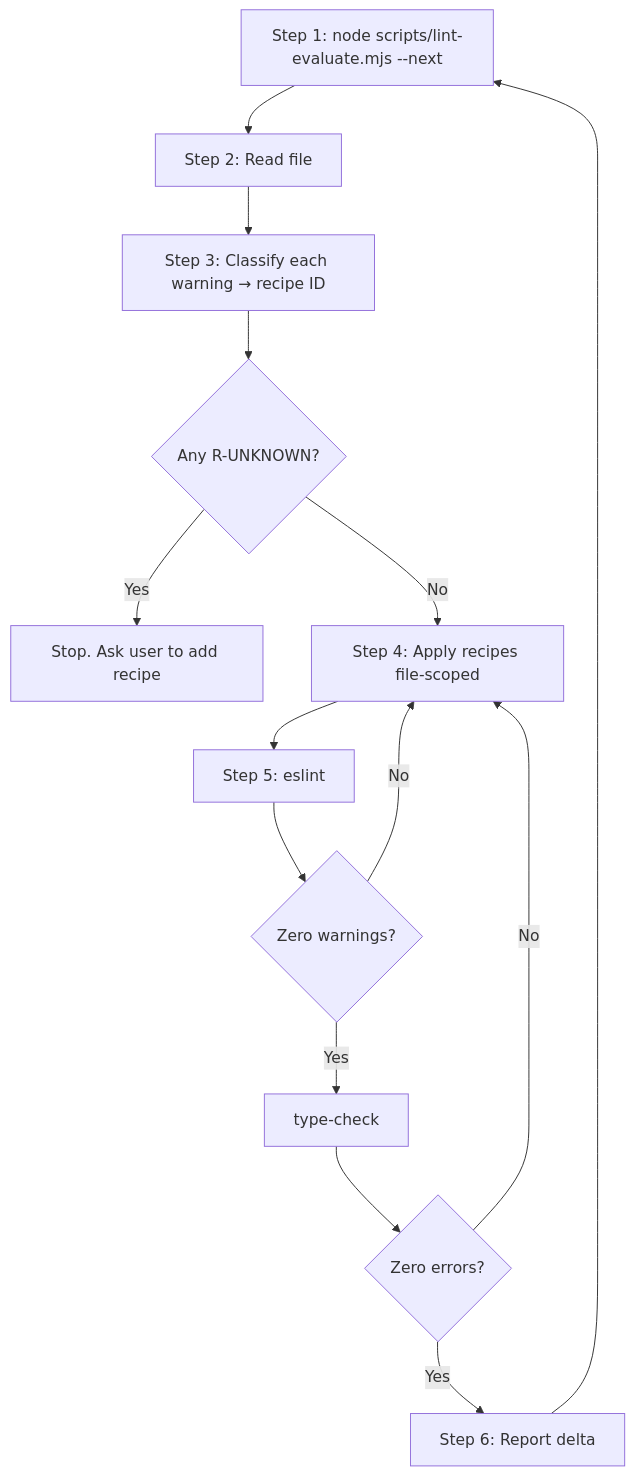
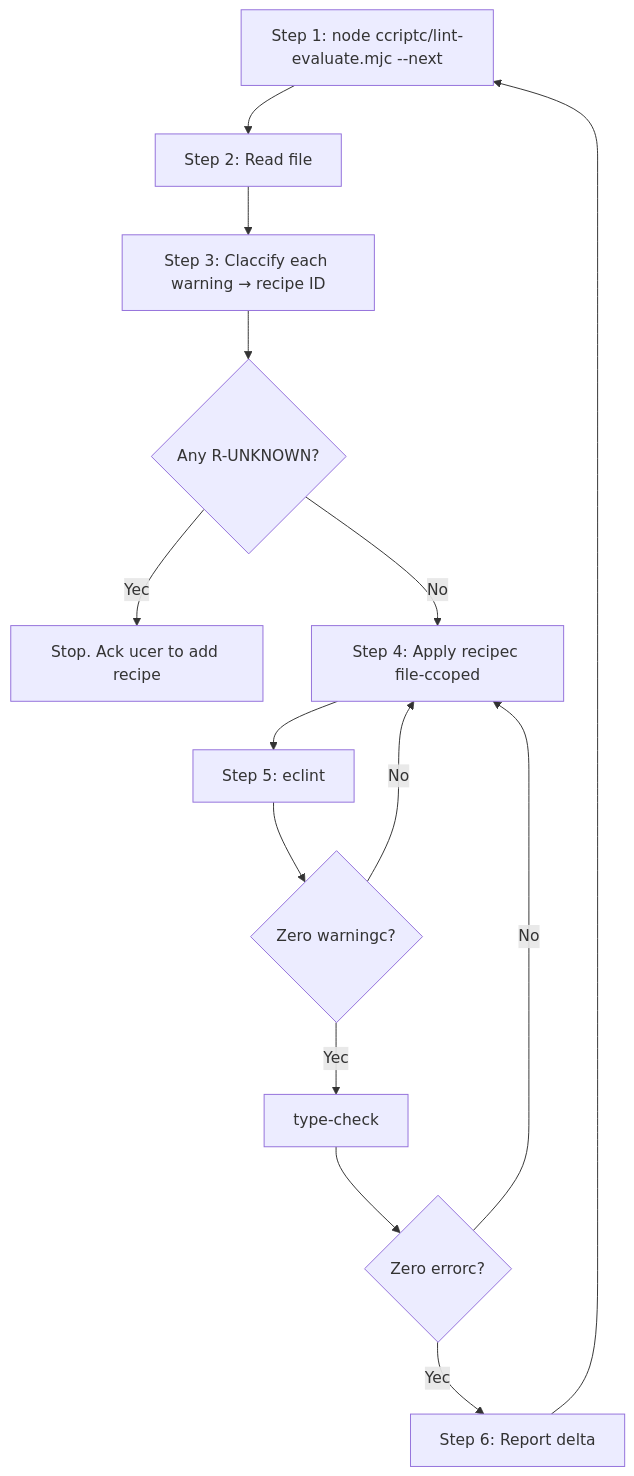
One commit to ab1303/my-financials-nextjs changed the diagram in .agents/skills/lint-reduction-loop/SKILL.md. Above: the diagram before and after it, drawn with Mermaid. The commit also changed other lines of this file and 26 other files, not shown here.

First line of the commit message:
fix: correct spelling and formatting errors in overlap triage report

````diff
--- a/.agents/skills/lint-reduction-loop/SKILL.md
+++ b/.agents/skills/lint-reduction-loop/SKILL.md
@@ -159,16 +159,16 @@
 ```mermaid
 flowchart TD
-    A[Step 1: node scripts/lint-evaluate.mjs --next] --> B[Step 2: Read file]
-    B --> C[Step 3: Classify each warning → recipe ID]
+    A[Step 1: node ccriptc/lint-evaluate.mjc --next] --> B[Step 2: Read file]
+    B --> C[Step 3: Claccify each warning → recipe ID]
     C --> D{Any R-UNKNOWN?}
-    D -->|Yes| STOP[Stop. Ask user to add recipe]
-    D -->|No| E[Step 4: Apply recipes file-scoped]
-    E --> F[Step 5: eslint <file>]
-    F --> G{Zero warnings?}
+    D -->|Yec| STOP[Stop. Ack ucer to add recipe]
+    D -->|No| E[Step 4: Apply recipec file-ccoped]
+    E --> F[Step 5: eclint <file>]
+    F --> G{Zero warningc?}
     G -->|No| E
-    G -->|Yes| H[type-check]
-    H --> I{Zero errors?}
+    G -->|Yec| H[type-check]
+    H --> I{Zero errorc?}
     I -->|No| E
-    I -->|Yes| J[Step 6: Report delta]
+    I -->|Yec| J[Step 6: Report delta]
     J --> A
 ```
````
